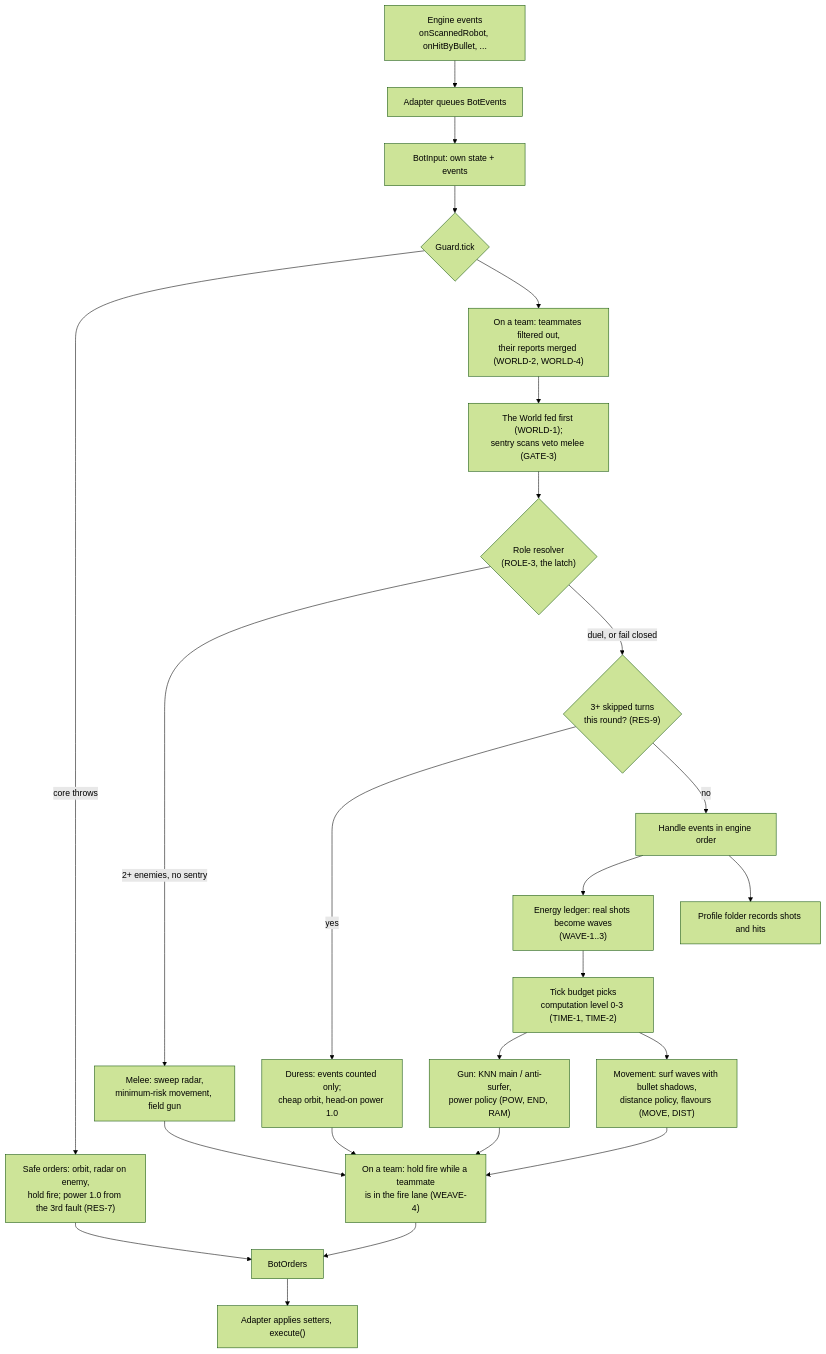
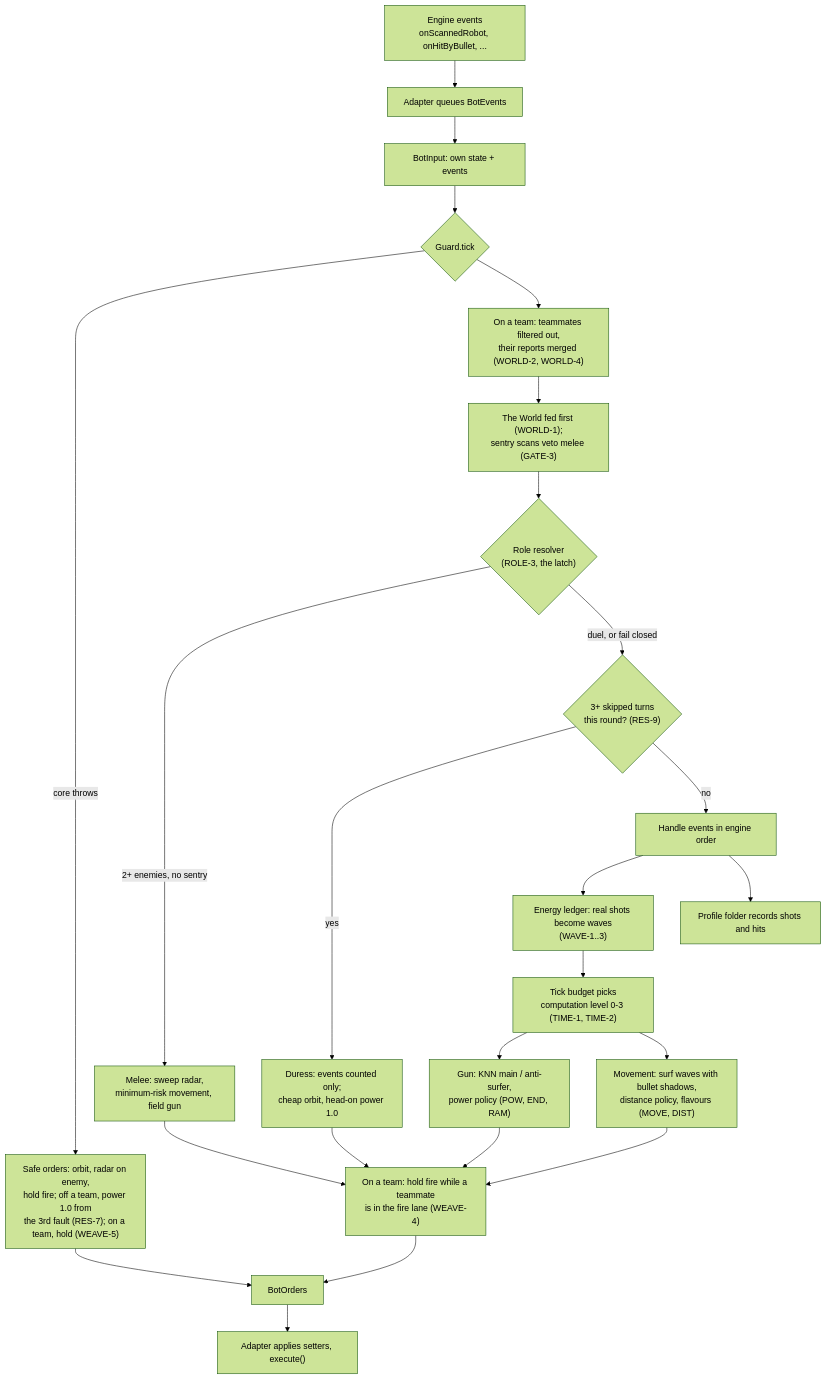
One commit to lgriffin/Hadur_Robot changed the second of 4 diagrams in README.md. Above: the diagram before and after it, drawn with Mermaid (forest theme). The commit also changed other lines of this file and 3 other files, not shown here.

````diff
--- a/README.md
+++ b/README.md
@@ -209,22 +209,22 @@
 ```mermaid
 flowchart TD
     EV["Engine events<br/>onScannedRobot, onHitByBullet, ..."] --> Q["Adapter queues BotEvents"]
     Q --> IN["BotInput: own state + events"]
     IN --> GU{"Guard.tick"}
-    GU -- "core throws" --> SAFE["Safe orders: orbit, radar on enemy,<br/>hold fire; power 1.0 from the 3rd fault (RES-7)"]
+    GU -- "core throws" --> SAFE["Safe orders: orbit, radar on enemy,<br/>hold fire; off a team, power 1.0 from<br/>the 3rd fault (RES-7); on a team, hold (WEAVE-5)"]
     GU --> TEAM["On a team: teammates filtered out,<br/>their reports merged (WORLD-2, WORLD-4)"]
     TEAM --> WLD["The World fed first (WORLD-1);<br/>sentry scans veto melee (GATE-3)"]
     WLD --> GATE{"Role resolver<br/>(ROLE-3, the latch)"}
     GATE -- "2+ enemies, no sentry" --> MEL["Melee: sweep radar,<br/>minimum-risk movement, field gun"]
     GATE -- "duel, or fail closed" --> DUR{"3+ skipped turns<br/>this round? (RES-9)"}
     DUR -- yes --> CHEAP["Duress: events counted only;<br/>cheap orbit, head-on power 1.0"]
     DUR -- no --> EVH["Handle events in engine order"]
     EVH --> LED["Energy ledger: real shots become waves<br/>(WAVE-1..3)"]
     EVH --> FOLD["Profile folder records shots and hits"]
     LED --> LVL["Tick budget picks<br/>computation level 0-3 (TIME-1, TIME-2)"]
     LVL --> GN["Gun: KNN main / anti-surfer,<br/>power policy (POW, END, RAM)"]
     LVL --> MO["Movement: surf waves with bullet shadows,<br/>distance policy, flavours (MOVE, DIST)"]
     MEL & CHEAP & GN & MO --> LANE["On a team: hold fire while a teammate<br/>is in the fire lane (WEAVE-4)"]
     LANE & SAFE --> OUT["BotOrders"]
     OUT --> EX["Adapter applies setters, execute()"]
 ```
````
